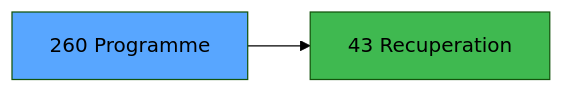
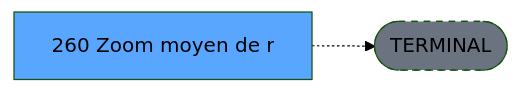
The third of 3 diagrams in .openspec/renders/ADH-IDE-260.md (thonyAGP/lecteur-magic), drawn with Mermaid (forest theme) before and after one commit. The commit also changed other lines of this file and 701 other files, not shown here.

````diff
--- a/.openspec/renders/ADH-IDE-260.md
+++ b/.openspec/renders/ADH-IDE-260.md
@@ -136,8 +134,8 @@
 ```mermaid
 graph LR
-    T[260 Programme]
-    C43[43 Recuperation]
-    T --> C43
+    T[260 Zoom moyen de r]
+    TERM([TERMINAL])
+    T -.-> TERM
+    style TERM fill:#6b7280,stroke-dasharray: 5 5
     style T fill:#58a6ff,color:#000
-    style C43 fill:#3fb950
 ```
````
